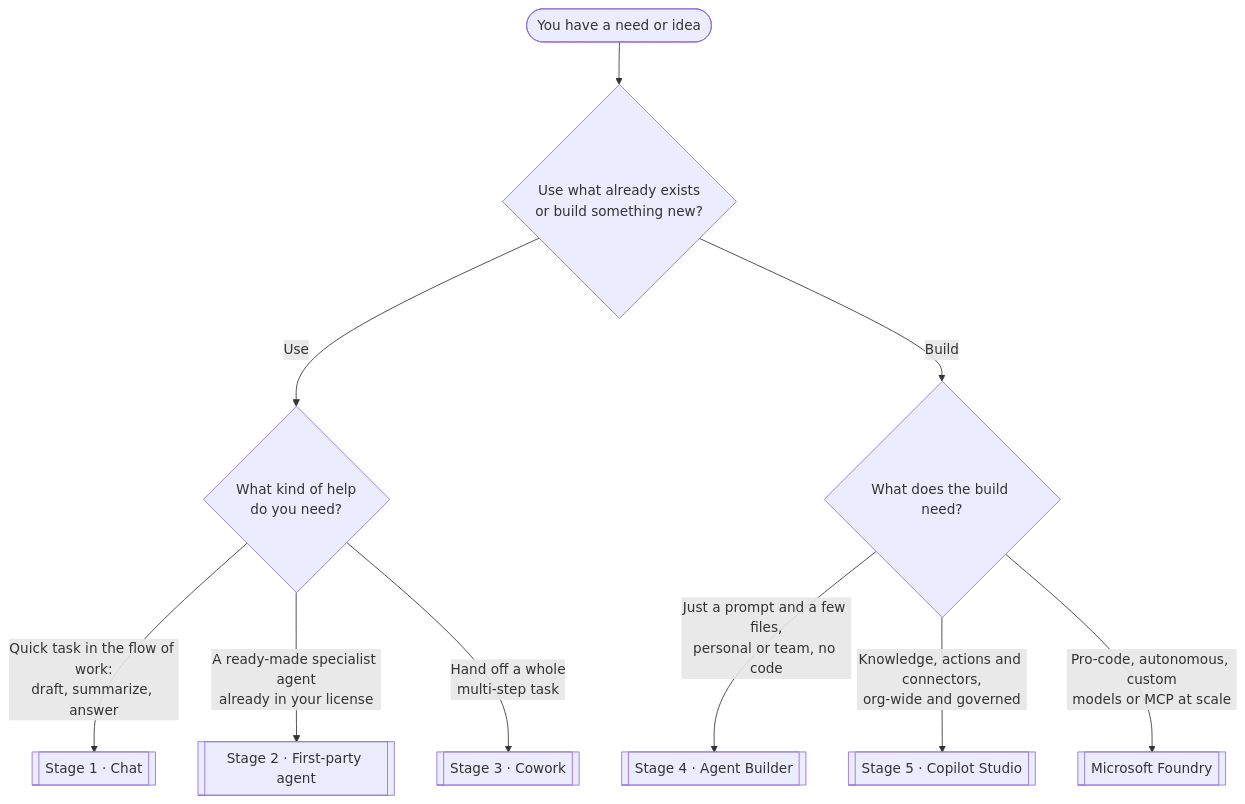
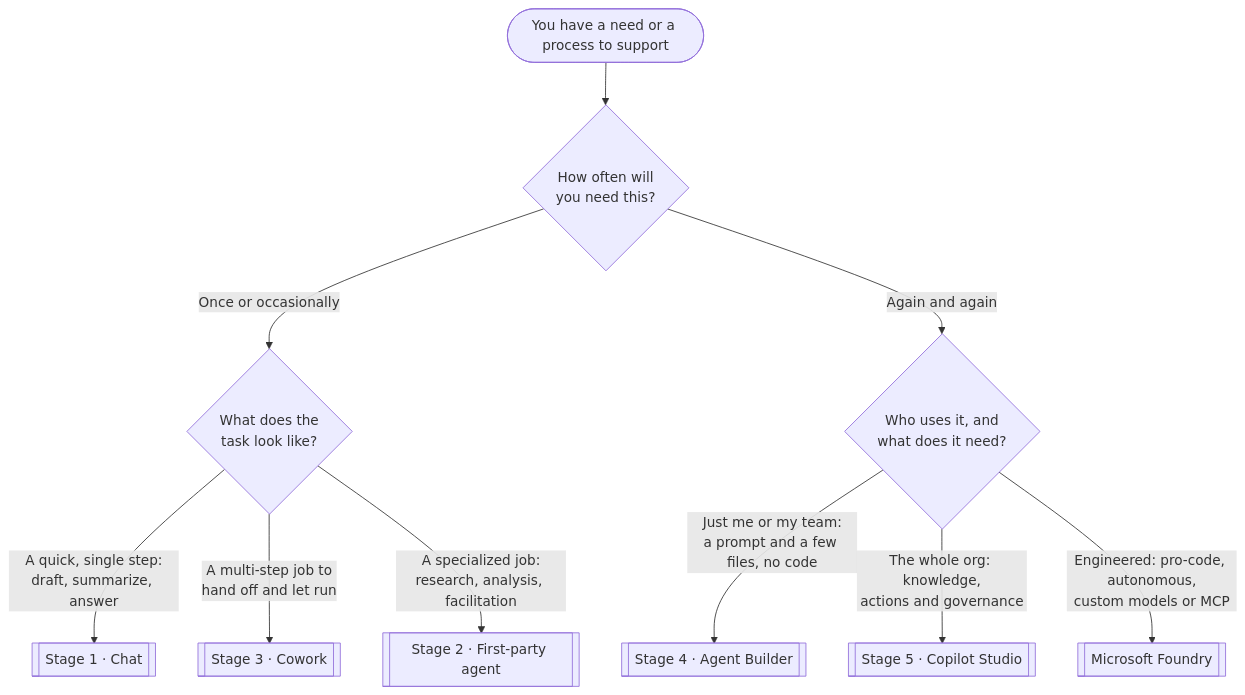
The diagram in docs/empowerment/decision-tree.md (MawellGlass/copilot-ramp-cookbook), drawn with Mermaid before and after one commit. The commit also changed other lines of this file and 1 other file, not shown here.

Commit message:
Empowerment: reframe decision tree + Path Finder to a process-led flow (frequency then shape/reach), drop use-vs-build framing

````diff
--- a/docs/empowerment/decision-tree.md
+++ b/docs/empowerment/decision-tree.md
@@ -27,14 +28,14 @@
 ```mermaid
 flowchart TD
-    Start([You have a need or idea]) --> Q1{Use what already exists<br/>or build something new?}
+    Start([You have a need or a process to support]) --> Q1{How often will<br/>you need this?}
 
-    Q1 -->|Use| U{What kind of help<br/>do you need?}
-    U -->|Quick task in the flow of work:<br/>draft, summarize, answer| Chat[["Stage 1 · Chat"]]
-    U -->|A ready-made specialist agent<br/>already in your license| FPA[["Stage 2 · First-party agent"]]
-    U -->|Hand off a whole<br/>multi-step task| Cowork[["Stage 3 · Cowork"]]
+    Q1 -->|Once or occasionally| A{What does the<br/>task look like?}
+    A -->|A quick, single step:<br/>draft, summarize, answer| Chat[["Stage 1 · Chat"]]
+    A -->|A multi-step job to<br/>hand off and let run| Cowork[["Stage 3 · Cowork"]]
+    A -->|A specialized job:<br/>research, analysis, facilitation| FPA[["Stage 2 · First-party agent"]]
 
-    Q1 -->|Build| B{What does the build need?}
-    B -->|Just a prompt and a few files,<br/>personal or team, no code| AB[["Stage 4 · Agent Builder"]]
-    B -->|Knowledge, actions and connectors,<br/>org-wide and governed| Studio[["Stage 5 · Copilot Studio"]]
-    B -->|Pro-code, autonomous, custom<br/>models or MCP at scale| Foundry[["Microsoft Foundry"]]
+    Q1 -->|Again and again| B{Who uses it, and<br/>what does it need?}
+    B -->|Just me or my team:<br/>a prompt and a few files, no code| AB[["Stage 4 · Agent Builder"]]
+    B -->|The whole org: knowledge,<br/>actions and governance| Studio[["Stage 5 · Copilot Studio"]]
+    B -->|Engineered: pro-code, autonomous,<br/>custom models or MCP| Foundry[["Microsoft Foundry"]]
 ```
````
